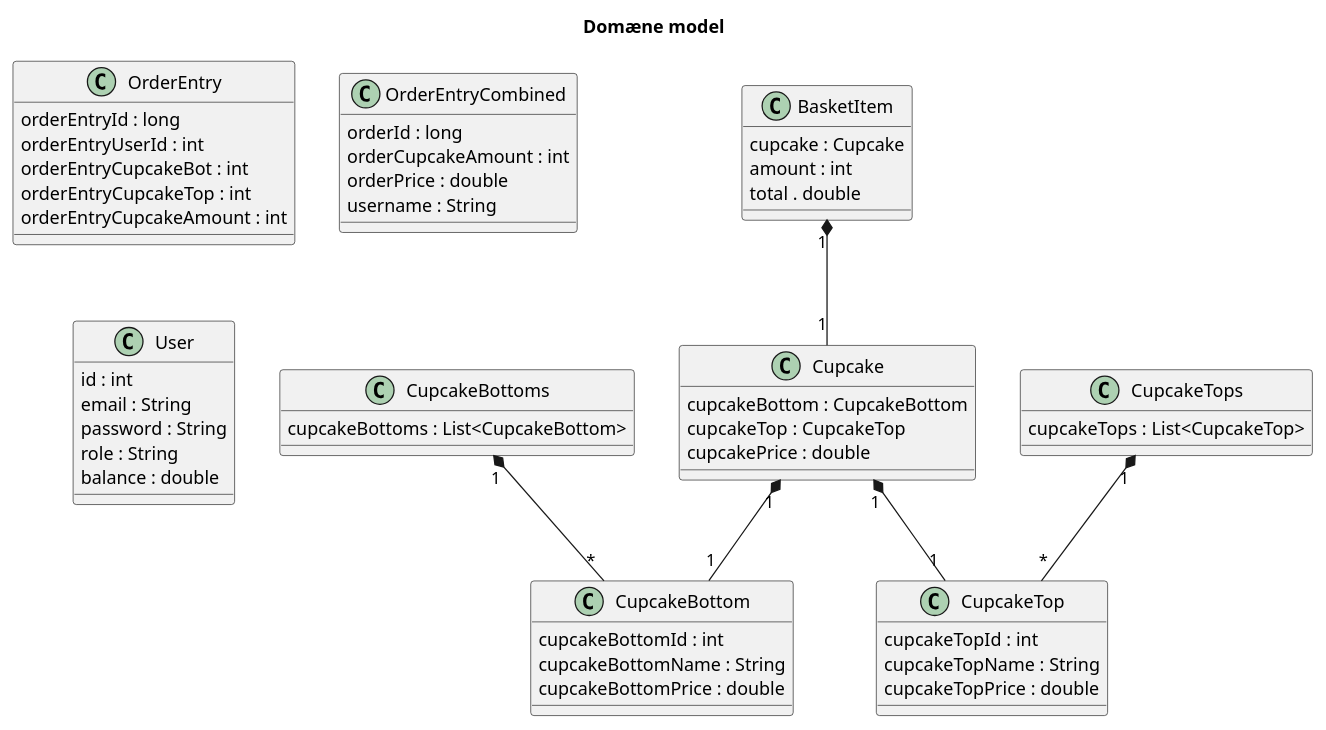
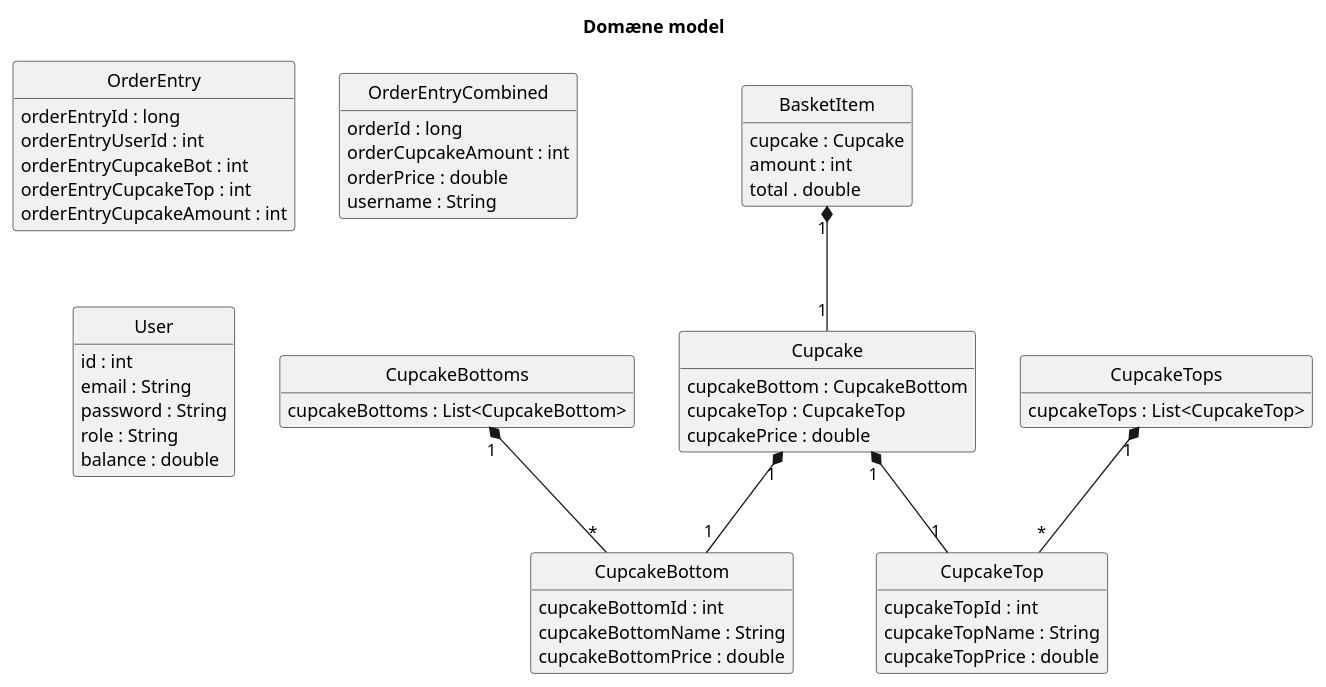
Before and after one commit to LaDane/DatamatikerGit: the diagram in 2 Semester/Cupcake/plantuml/Domænemodel.puml, drawn with PlantUML. The commit also changed 32 other files, not shown here.

Commit message:
carport uml

```diff
--- a/2 Semester/Cupcake/plantuml/Domænemodel.puml
+++ b/2 Semester/Cupcake/plantuml/Domænemodel.puml
@@ -1,69 +1,71 @@
 @startuml
 Title Domæne model
 
 ' Entities
+hide circle
+hide methods
 
 class BasketItem {
     cupcake : Cupcake
     amount : int
     total . double
 }
 
 class Cupcake {
     cupcakeBottom : CupcakeBottom
     cupcakeTop : CupcakeTop
     cupcakePrice : double
 }
 
 class CupcakeBottom {
     cupcakeBottomId : int
     cupcakeBottomName : String
     cupcakeBottomPrice : double
 }
 
 class CupcakeBottoms {
     cupcakeBottoms : List<CupcakeBottom>
 }
 
 class CupcakeTop {
     cupcakeTopId : int
     cupcakeTopName : String
     cupcakeTopPrice : double
 }
 
 class CupcakeTops {
     cupcakeTops : List<CupcakeTop>
 }
 
 class OrderEntry {
     orderEntryId : long
     orderEntryUserId : int
     orderEntryCupcakeBot : int
     orderEntryCupcakeTop : int
     orderEntryCupcakeAmount : int
 }
 
 class OrderEntryCombined {
     orderId : long
     orderCupcakeAmount : int
     orderPrice : double
     username : String
 }
 
 class User {
     id : int
     email : String
     password : String
     role : String
     balance : double
 }
 
 ' Entities relations
 BasketItem "1" *-- "1" Cupcake
 
 Cupcake "1" *-- "1" CupcakeBottom
 Cupcake "1" *-- "1" CupcakeTop
 
 CupcakeBottoms "1" *-- "*" CupcakeBottom
 CupcakeTops "1" *-- "*" CupcakeTop
 @enduml
```
